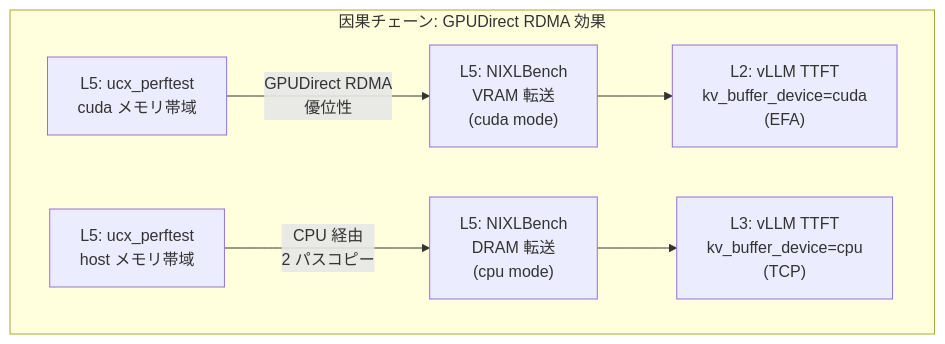
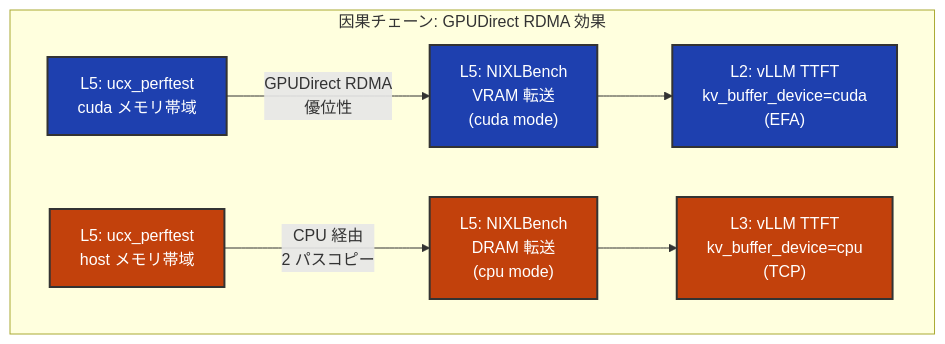
Diagram 11 of 15 in articles/3dd524130320d3.md (littlemex/zenn), drawn with Mermaid before and after one commit. The commit also changed other lines of this file, not shown here.

````diff
--- a/articles/3dd524130320d3.md
+++ b/articles/3dd524130320d3.md
@@ -648,16 +660,23 @@
 ```mermaid
 graph LR
     subgraph "因果チェーン: GPUDirect RDMA 効果"
         direction LR
         UCX_GPU["L5: ucx_perftest<br/>cuda メモリ帯域"]
         UCX_HOST["L5: ucx_perftest<br/>host メモリ帯域"]
         NB_VRAM["L5: NIXLBench<br/>VRAM 転送<br/>(cuda mode)"]
         NB_DRAM["L5: NIXLBench<br/>DRAM 転送<br/>(cpu mode)"]
         TTFT_CUDA["L2: vLLM TTFT<br/>kv_buffer_device=cuda<br/>(EFA)"]
         TTFT_CPU["L3: vLLM TTFT<br/>kv_buffer_device=cpu<br/>(TCP)"]
         UCX_GPU -->|"GPUDirect RDMA<br/>優位性"| NB_VRAM
         UCX_HOST -->|"CPU 経由<br/>2 パスコピー"| NB_DRAM
         NB_VRAM --> TTFT_CUDA
         NB_DRAM --> TTFT_CPU
     end
+
+    style UCX_GPU fill: #1e40af,stroke: #333,stroke-width:2px,color: #fff
+    style NB_VRAM fill: #1e40af,stroke: #333,stroke-width:2px,color: #fff
+    style TTFT_CUDA fill: #1e40af,stroke: #333,stroke-width:2px,color: #fff
+    style UCX_HOST fill: #c2410c,stroke: #333,stroke-width:2px,color: #fff
+    style NB_DRAM fill: #c2410c,stroke: #333,stroke-width:2px,color: #fff
+    style TTFT_CPU fill: #c2410c,stroke: #333,stroke-width:2px,color: #fff
 ```
````
